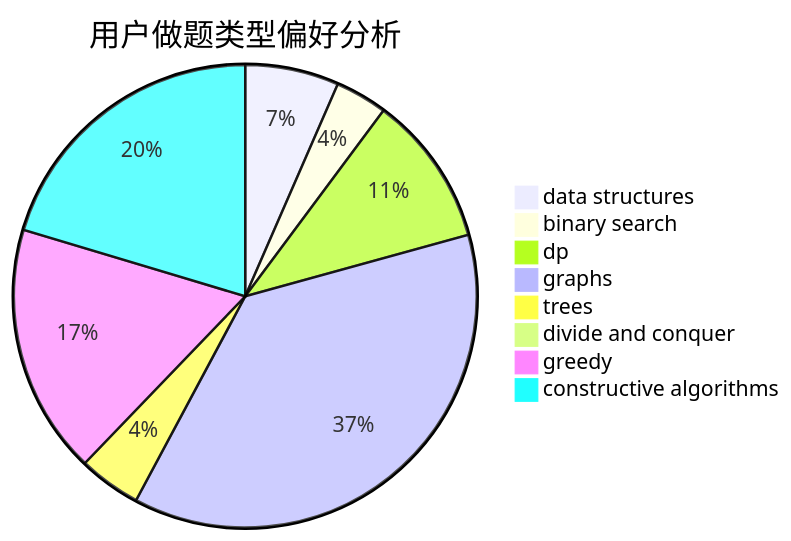
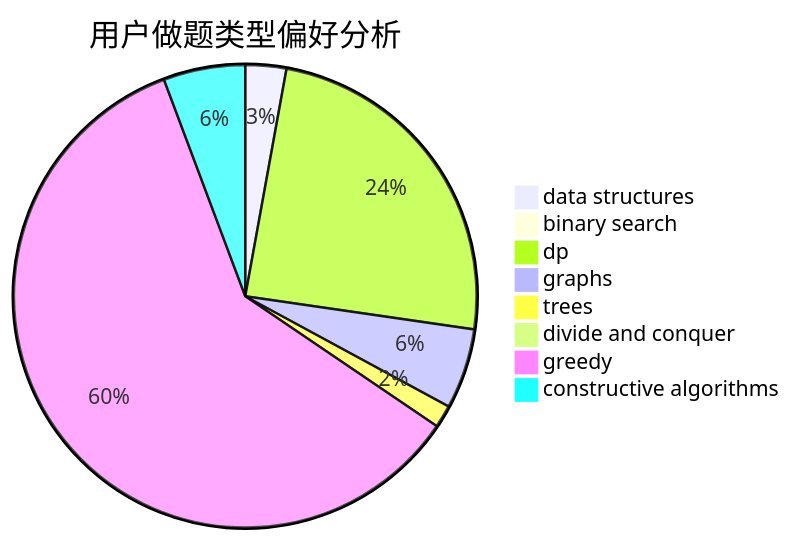
The second of 3 diagrams in docs/user/u1386.md (sherpahu/cfrs.github.io), drawn with Mermaid before and after one commit. The commit also changed other lines of this file and 2770 other files, not shown here.

````diff
--- a/docs/user/u1386.md
+++ b/docs/user/u1386.md
@@ -23,11 +23,11 @@
 ```mermaid
 pie title 用户做题类型偏好分析
-    "data structures" :  18
-    "binary search" :  10
-    "dp" :  29
-    "graphs" :  102
-    "trees" :  12
+    "data structures" :  29
+    "binary search" :  3
+    "dp" :  248
+    "graphs" :  57
+    "trees" :  16
     "divide and conquer" :  0
-    "greedy" :  48
-    "constructive algorithms" :  56
+    "greedy" :  607
+    "constructive algorithms" :  58
 ```
````
